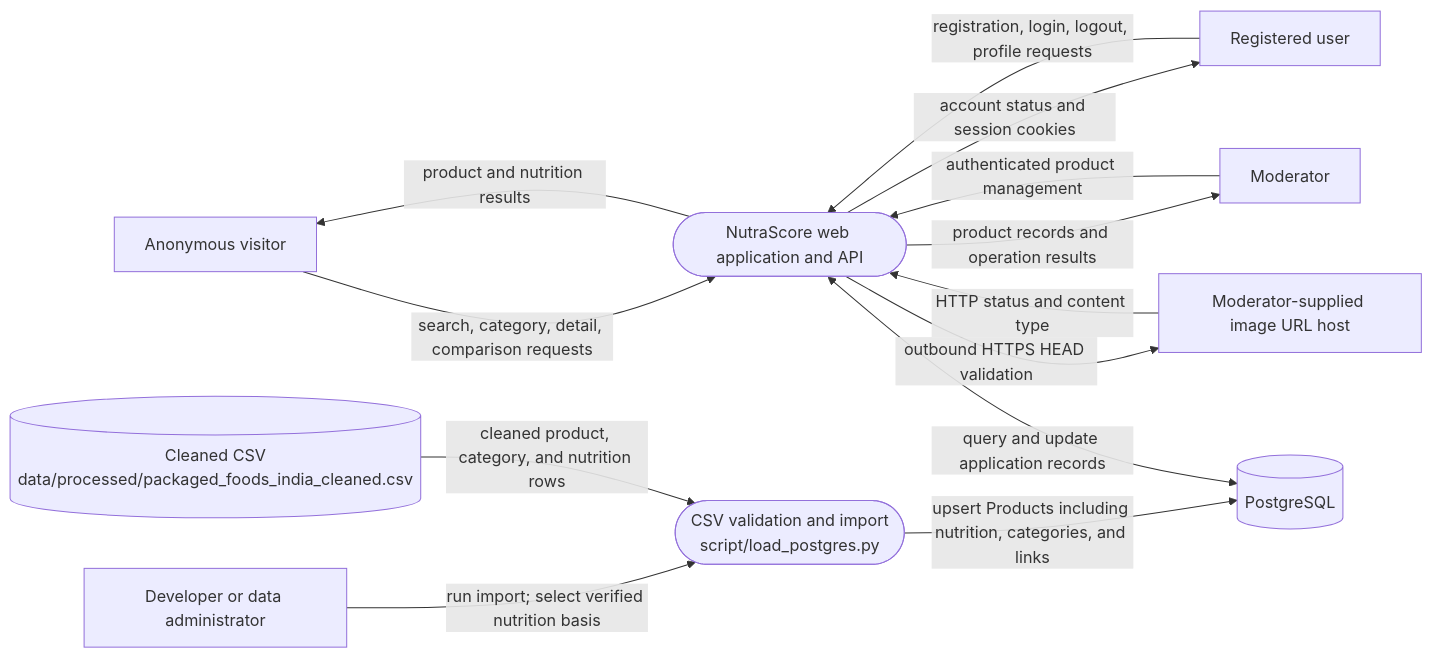
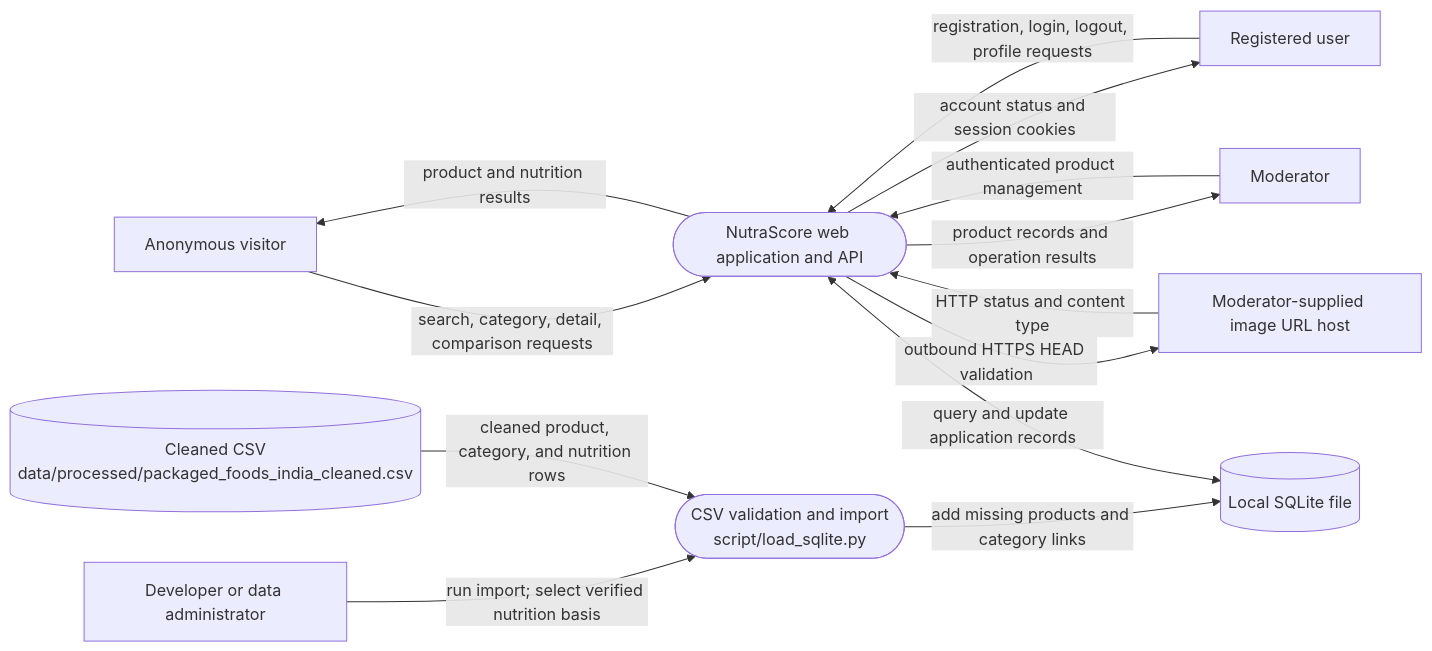
The diagram in docs/software-design/dfd-level-0.md (Nutrascore/nutrascore), drawn with Mermaid before and after one commit. The commit also changed other lines of this file and 49 other files, not shown here.

````diff
--- a/docs/software-design/dfd-level-0.md
+++ b/docs/software-design/dfd-level-0.md
@@ -7,26 +7,26 @@
 ```mermaid
 flowchart LR
     V[Anonymous visitor]
     U[Registered user]
     M[Moderator]
     A[Developer or data administrator]
     CSV[(Cleaned CSV<br/>data/processed/packaged_foods_india_cleaned.csv)]
     APP(["NutraScore web application and API"])
-    IMPORT(["CSV validation and import<br/>script/load_postgres.py"])
-    DB[(PostgreSQL)]
+    IMPORT(["CSV validation and import<br/>script/load_sqlite.py"])
+    DB[(Local SQLite file)]
     HOST[Moderator-supplied image URL host]
 
     V -->|search, category, detail, comparison requests| APP
     APP -->|product and nutrition results| V
     U -->|registration, login, logout, profile requests| APP
     APP -->|account status and session cookies| U
     M -->|authenticated product management| APP
     APP -->|product records and operation results| M
     APP -->|outbound HTTPS HEAD validation| HOST
     HOST -->|HTTP status and content type| APP
 
     A -->|run import; select verified nutrition basis| IMPORT
     CSV -->|cleaned product, category, and nutrition rows| IMPORT
-    IMPORT -->|upsert Products including nutrition, categories, and links| DB
+    IMPORT -->|add missing products and category links| DB
     APP <-->|query and update application records| DB
 ```
````
